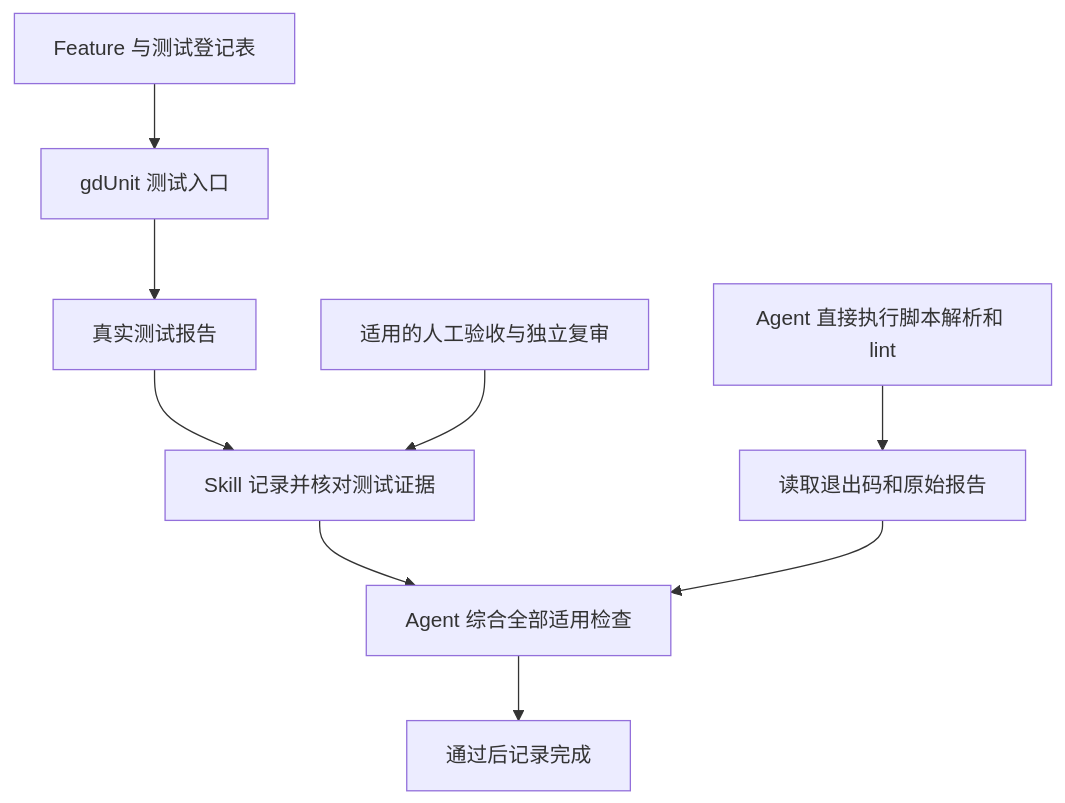
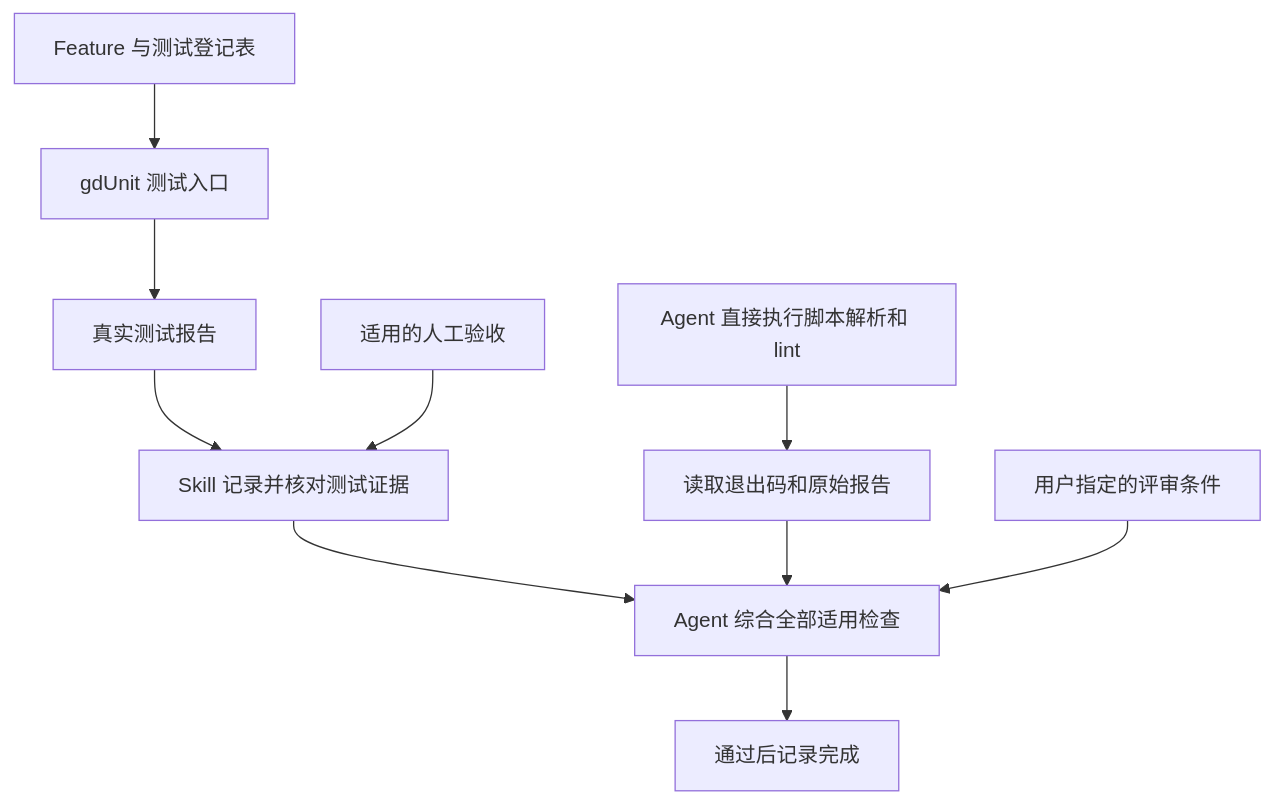
Before and after one commit to yxy823/Game_idle_yaya_frame: the diagram in project-source/tools/README.md, drawn with Mermaid. The commit also changed other lines of this file and 27 other files, not shown here.

````diff
--- a/project-source/tools/README.md
+++ b/project-source/tools/README.md
@@ -75,11 +75,12 @@
 ```mermaid
 flowchart TD
     A[Feature 与测试登记表] --> B[gdUnit 测试入口]
     B --> C[真实测试报告]
     C --> D[Skill 记录并核对测试证据]
-    E[适用的人工验收与独立复审] --> D
+    E[适用的人工验收] --> D
     F[Agent 直接执行脚本解析和 lint] --> G[读取退出码和原始报告]
     D --> H[Agent 综合全部适用检查]
     G --> H
+    R[用户指定的评审条件] --> H
     H --> I[通过后记录完成]
 ```
````
